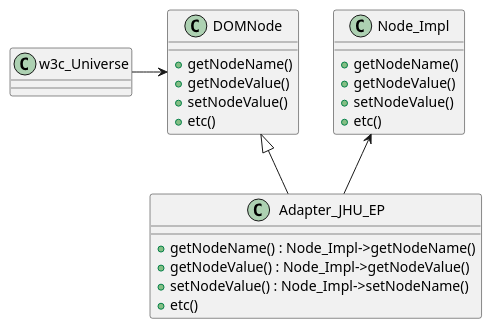
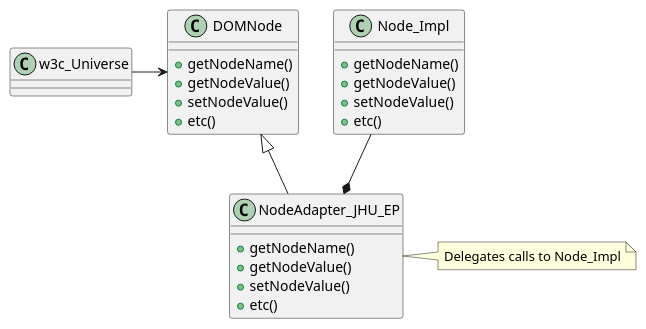
The diagram in uml/adapterNode.puml (AdamBaumgartner42/patterns_605_707), drawn with PlantUML before and after one commit. The commit also changed 3 other files, not shown here.

```diff
--- a/uml/adapterNode.puml
+++ b/uml/adapterNode.puml
@@ -1,36 +1,38 @@
 @startuml
 
 class w3c_Universe {
 
 }
 
 class DOMNode{
     +getNodeName()
     +getNodeValue()
     +setNodeValue()
     +etc()
-
 }
 
-class Adapter_JHU_EP{
-    +getNodeName() : Node_Impl->getNodeName()
-    +getNodeValue() : Node_Impl->getNodeValue()
-    +setNodeValue() : Node_Impl->setNodeName()
+class NodeAdapter_JHU_EP{
+    +getNodeName()
+    +getNodeValue()
+    +setNodeValue()
     +etc()
 }
 
 class Node_Impl{
     +getNodeName()
     +getNodeValue()
     +setNodeValue()
     +etc()
 
 }
 
 
 w3c_Universe -> DOMNode
-DOMNode <|-- Adapter_JHU_EP
-Node_Impl <-- Adapter_JHU_EP
+DOMNode <|-- NodeAdapter_JHU_EP
+Node_Impl --* NodeAdapter_JHU_EP
 
+note right of NodeAdapter_JHU_EP
+Delegates calls to Node_Impl
+end note
 
 @enduml
```
